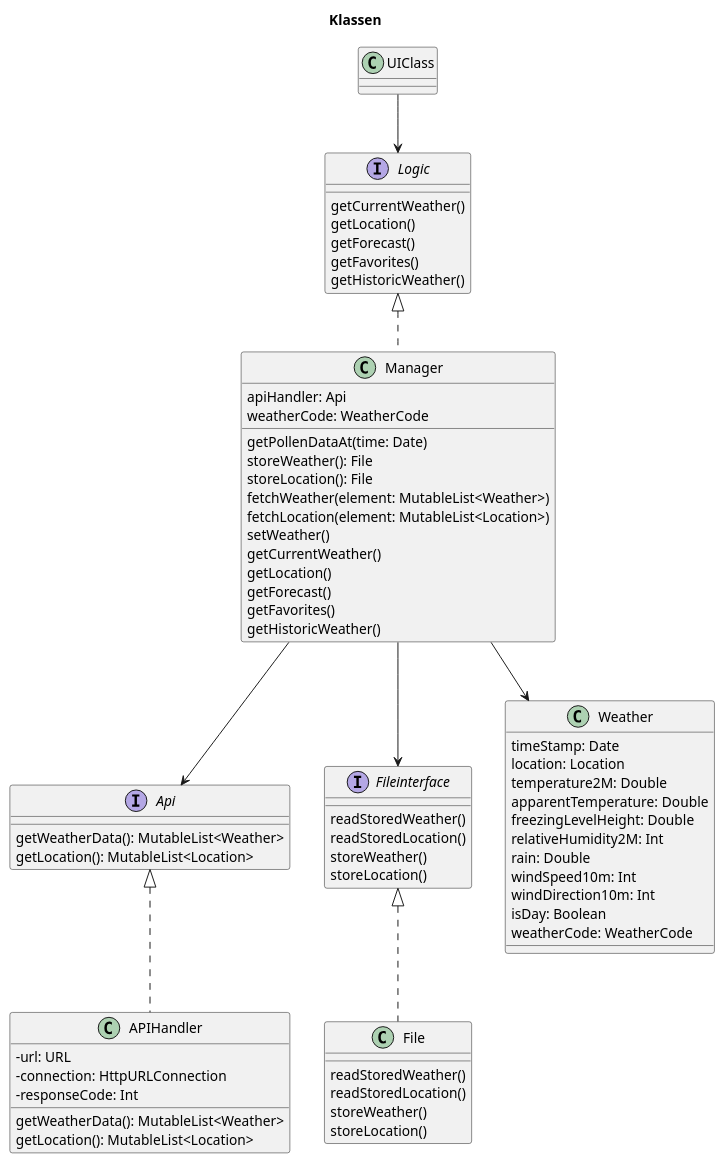
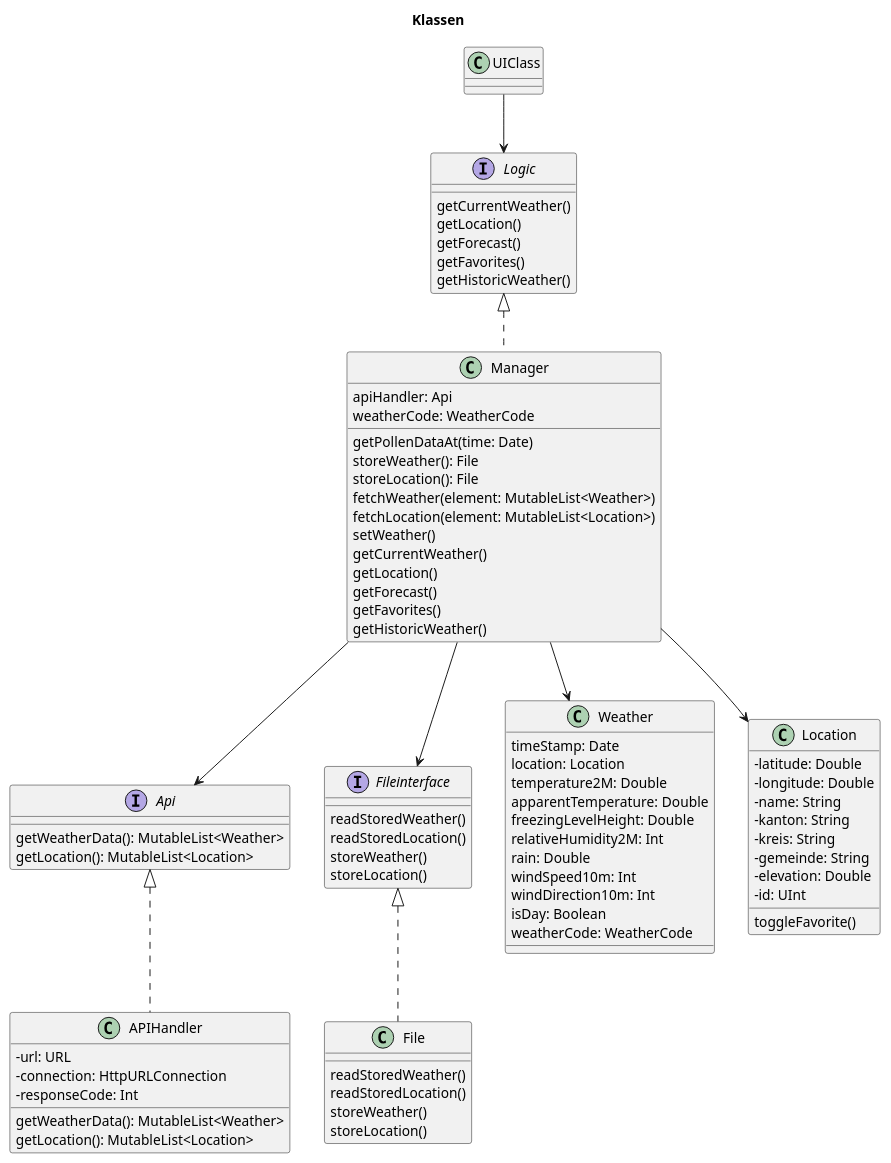
One commit to GrgPtrKoch/Wetterapp_pk changed the diagram in doc/ClassDiagram_Feedback.puml. Above: the diagram before and after it, drawn with PlantUML. The commit also changed 4 other files, not shown here.

Commit message:
APIs v1: Api.kt v1: ApiHandler.kt v1: Location.kt ClassDiagram_Feedback.puml: Neu Location-Klasse

```diff
--- a/doc/ClassDiagram_Feedback.puml
+++ b/doc/ClassDiagram_Feedback.puml
@@ -1,93 +1,105 @@
 @startuml
 'https://plantuml.com/class-diagram
 
 
 skinparam classAttributeIconSize 0
 title Klassen
 
 
 
-Manager --> Api
 Api <|-. APIHandler
 UIClass --> Logic
 Logic <|-. Manager
+Fileinterface <|-. File
 Manager --> Fileinterface
-Fileinterface <|-. File
+Manager --> Api
 Manager --> Weather
+Manager --> Location
 
 class Manager {
     apiHandler: Api
     getPollenDataAt(time: Date)
     storeWeather(): File
     storeLocation(): File
     fetchWeather(element: MutableList<Weather>)
     fetchLocation(element: MutableList<Location>)
     weatherCode: WeatherCode
     setWeather()
     getCurrentWeather()
     getLocation()
     getForecast()
     getFavorites()
     getHistoricWeather()
 }
 
 interface Fileinterface {
     readStoredWeather()
     readStoredLocation()
     storeWeather()
     storeLocation()
 
 }
 
 interface Api {
      getWeatherData(): MutableList<Weather>
      getLocation(): MutableList<Location>
 }
 
 
 interface Logic {
     getCurrentWeather()
     getLocation()
     getForecast()
     getFavorites()
     getHistoricWeather()
 }
 
 class UIClass {
 
 }
 
 
 class File {
     readStoredWeather()
     readStoredLocation()
     storeWeather()
     storeLocation()
 }
 
 
 class APIHandler {
     -url: URL
     -connection: HttpURLConnection
     -responseCode: Int
     getWeatherData(): MutableList<Weather>
     getLocation(): MutableList<Location>
 
 }
 
 class Weather {
     timeStamp: Date
     location: Location
     temperature2M: Double
     apparentTemperature: Double
     freezingLevelHeight: Double
     relativeHumidity2M: Int
     rain: Double
     windSpeed10m: Int
     windDirection10m: Int
     isDay: Boolean
     weatherCode: WeatherCode
 }
 
+class Location {
+    - latitude: Double
+    - longitude: Double
+    - name: String
+    - kanton: String
+    - kreis: String
+    - gemeinde: String
+    - elevation: Double
+    - id: UInt
+    toggleFavorite()
+}
 
 @enduml
```
